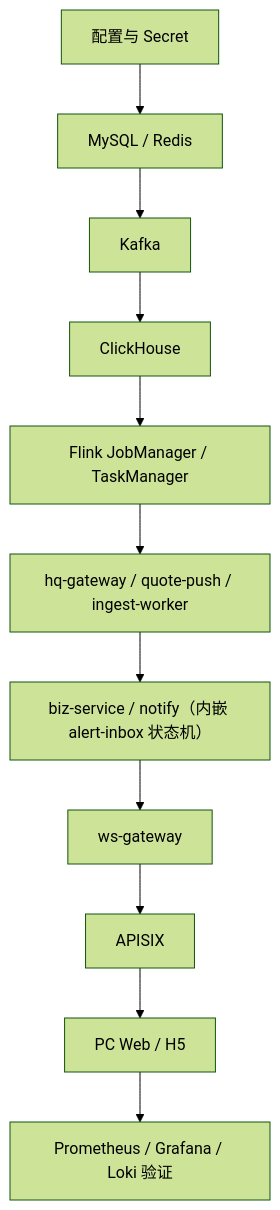
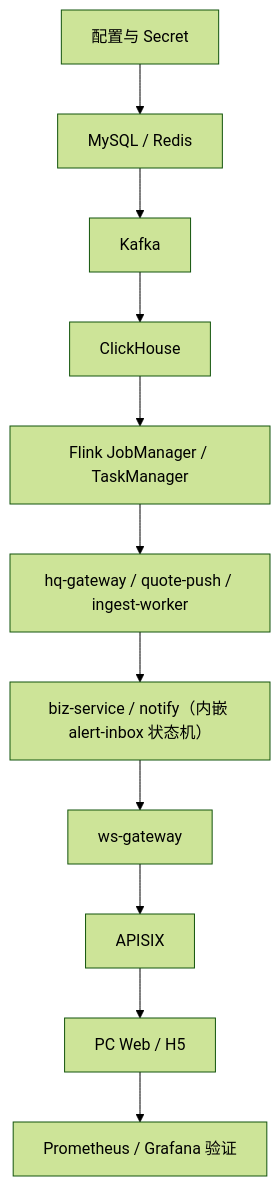
The first of 3 diagrams in docs/08-工程实施与仓库规范.md (xcmrfc-thanos/hq-push-gate), drawn with Mermaid (forest theme) before and after one commit. The commit also changed other lines of this file and 7 other files, not shown here.

````diff
--- a/docs/08-工程实施与仓库规范.md
+++ b/docs/08-工程实施与仓库规范.md
@@ -22,13 +22,13 @@
 ```mermaid
 flowchart TD
   A[配置与 Secret] --> B[MySQL / Redis]
   B --> C[Kafka]
   C --> D[ClickHouse]
   D --> E[Flink JobManager / TaskManager]
   E --> F[hq-gateway / quote-push / ingest-worker]
   F --> G[biz-service / notify（内嵌 alert-inbox 状态机）]
   G --> H[ws-gateway]
   H --> I[APISIX]
   I --> J[PC Web / H5]
-  J --> K[Prometheus / Grafana / Loki 验证]
+  J --> K[Prometheus / Grafana 验证]
 ```
````
